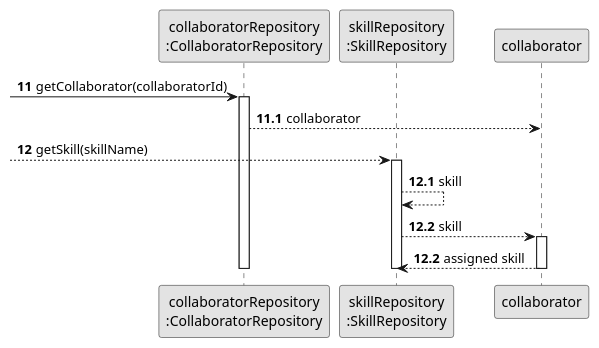
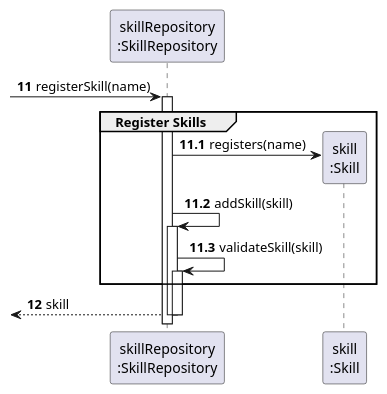
Before and after one commit to diogoveirospro/lei-24-s2-1dg-g072: the diagram in docs/sprintB/us004/03.design/puml/us004-sequence-diagram-partial-register-skill.puml.puml, drawn with PlantUML.

Commit message:
US004 design change partial diagram

```diff
--- a/docs/sprintB/us004/03.design/puml/us004-sequence-diagram-partial-register-skill.puml.puml
+++ b/docs/sprintB/us004/03.design/puml/us004-sequence-diagram-partial-register-skill.puml.puml
@@ -1,40 +1,28 @@
 @startuml
-skinparam monochrome true
+'skinparam monochrome true
 skinparam packageStyle rectangle
 skinparam shadowing false
 
-participant "collaboratorRepository\n:CollaboratorRepository" as COLREP
-participant "skillRepository\n:SkillRepository" as SKILLREP
-participant "collaborator" as collaborator
+participant "skillRepository\n:SkillRepository" as SREP
+participant "skill\n:Skill" as SKILL
 
 autonumber 11
--> COLREP : getCollaborator(collaboratorId)
+-> SREP: registerSkill(name)
 
 autonumber 11.1
-activate COLREP
+activate SREP
+    group Register Skills
 
-    COLREP --> collaborator: collaborator
+        SREP -> SKILL**: registers(name)
+        SREP -> SREP: addSkill(skill)
+        activate SREP
+                SREP -> SREP: validateSkill(skill)
+                activate SREP
+    end
 
-autonumber 12
---> SKILLREP : getSkill(skillName)
+    autonumber 12
+    <-- SREP : skill
+    deactivate SREP
 
-autonumber 12.1
-activate SKILLREP
-
-    SKILLREP --> SKILLREP: skill
-
-    SKILLREP --> collaborator: skill
-
-autonumber 12.2
-activate collaborator
-
-    collaborator --> SKILLREP: assigned skill
-
-autonumber 12.3
-deactivate collaborator
-
-deactivate SKILLREP
-
-deactivate COLREP
-
+deactivate SREP
 @enduml
```
